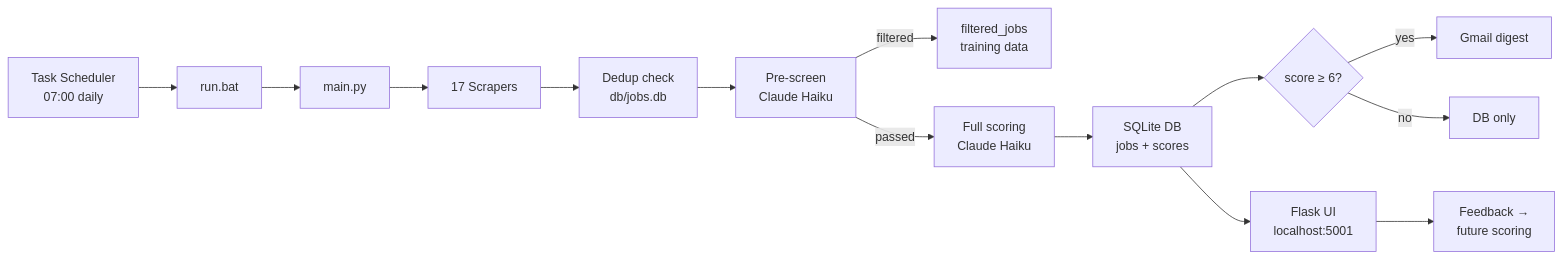
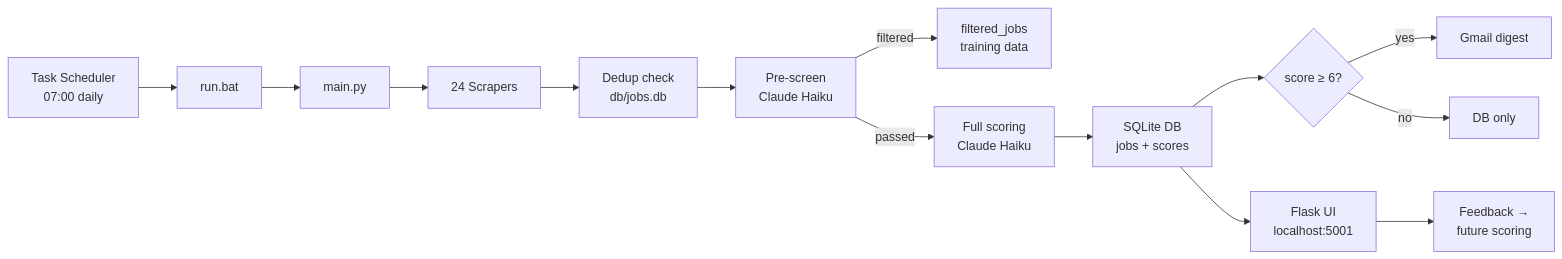
Before and after one commit to timovanommeren/job_scraper: the diagram in README.md, drawn with Mermaid. The commit also changed other lines of this file, not shown here.

First line of the commit message:
docs: add 7 Dutch university scrapers to README, fix source count 17→24

````diff
--- a/README.md
+++ b/README.md
@@ -11,16 +11,16 @@
 ```mermaid
 graph LR
     A[Task Scheduler<br/>07:00 daily] --> B[run.bat]
     B --> C[main.py]
-    C --> D[17 Scrapers]
+    C --> D[24 Scrapers]
     D --> E[Dedup check<br/>db/jobs.db]
     E --> F[Pre-screen<br/>Claude Haiku]
     F -- filtered --> M[filtered_jobs<br/>training data]
     F -- passed --> G2[Full scoring<br/>Claude Haiku]
     G2 --> G[SQLite DB<br/>jobs + scores]
     G --> H{score ≥ 6?}
     H -- yes --> I[Gmail digest]
     H -- no --> J[DB only]
     G --> K[Flask UI<br/>localhost:5001]
     K --> L[Feedback →<br/>future scoring]
 ```
````
